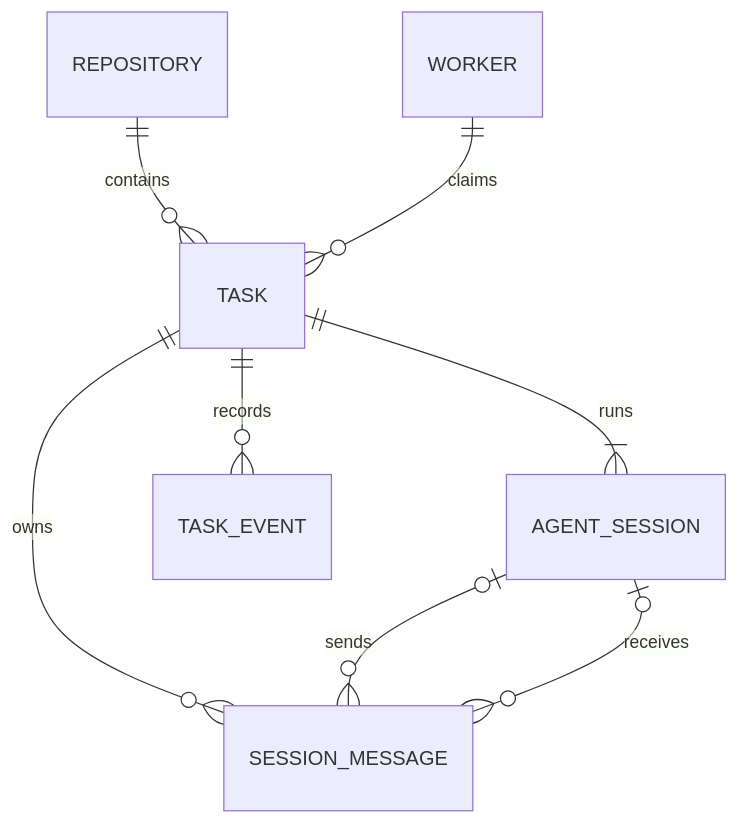
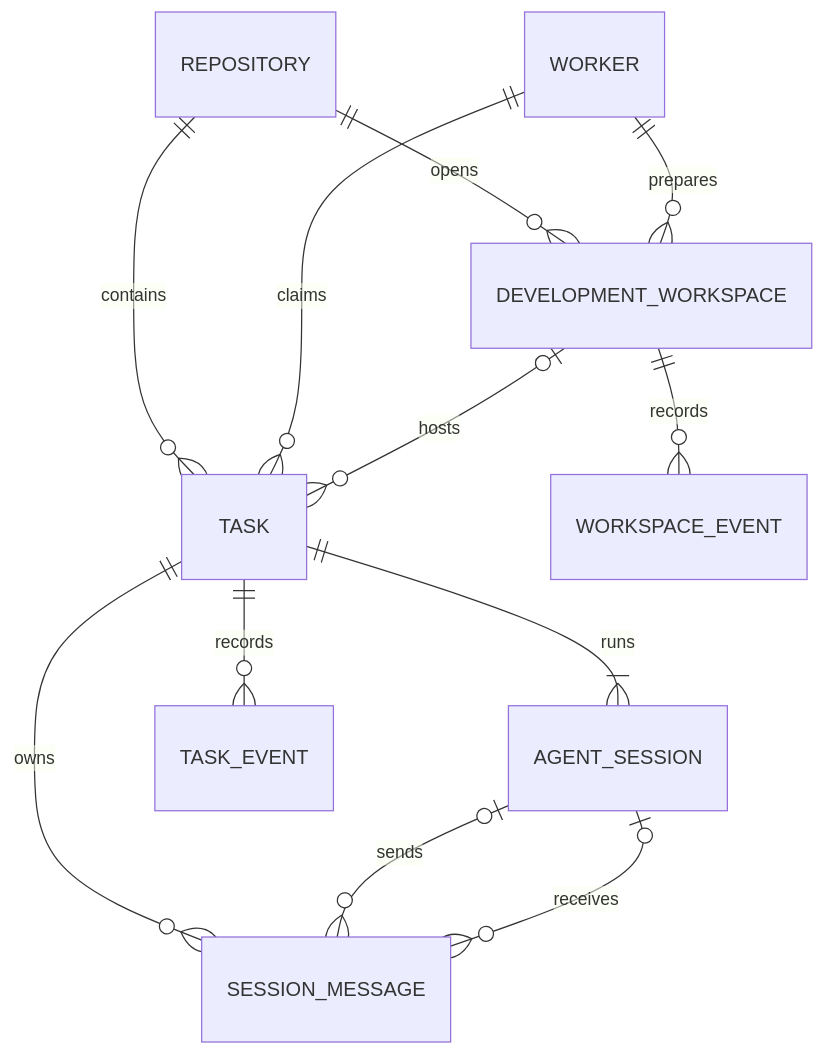
Before and after one commit to Jhonwivk/TeamWeave: the first of 3 diagrams in docs/ARCHITECTURE.md, drawn with Mermaid. The commit also changed other lines of this file and 19 other files, not shown here.

````diff
--- a/docs/ARCHITECTURE.md
+++ b/docs/ARCHITECTURE.md
@@ -19,10 +19,14 @@
 ```mermaid
 erDiagram
     REPOSITORY ||--o{ TASK : contains
     WORKER ||--o{ TASK : claims
     TASK ||--|{ AGENT_SESSION : runs
     TASK ||--o{ TASK_EVENT : records
     TASK ||--o{ SESSION_MESSAGE : owns
+    REPOSITORY ||--o{ DEVELOPMENT_WORKSPACE : opens
+    WORKER ||--o{ DEVELOPMENT_WORKSPACE : prepares
+    DEVELOPMENT_WORKSPACE ||--o{ WORKSPACE_EVENT : records
+    DEVELOPMENT_WORKSPACE o|--o{ TASK : hosts
     AGENT_SESSION o|--o{ SESSION_MESSAGE : sends
     AGENT_SESSION o|--o{ SESSION_MESSAGE : receives
 ```
````
